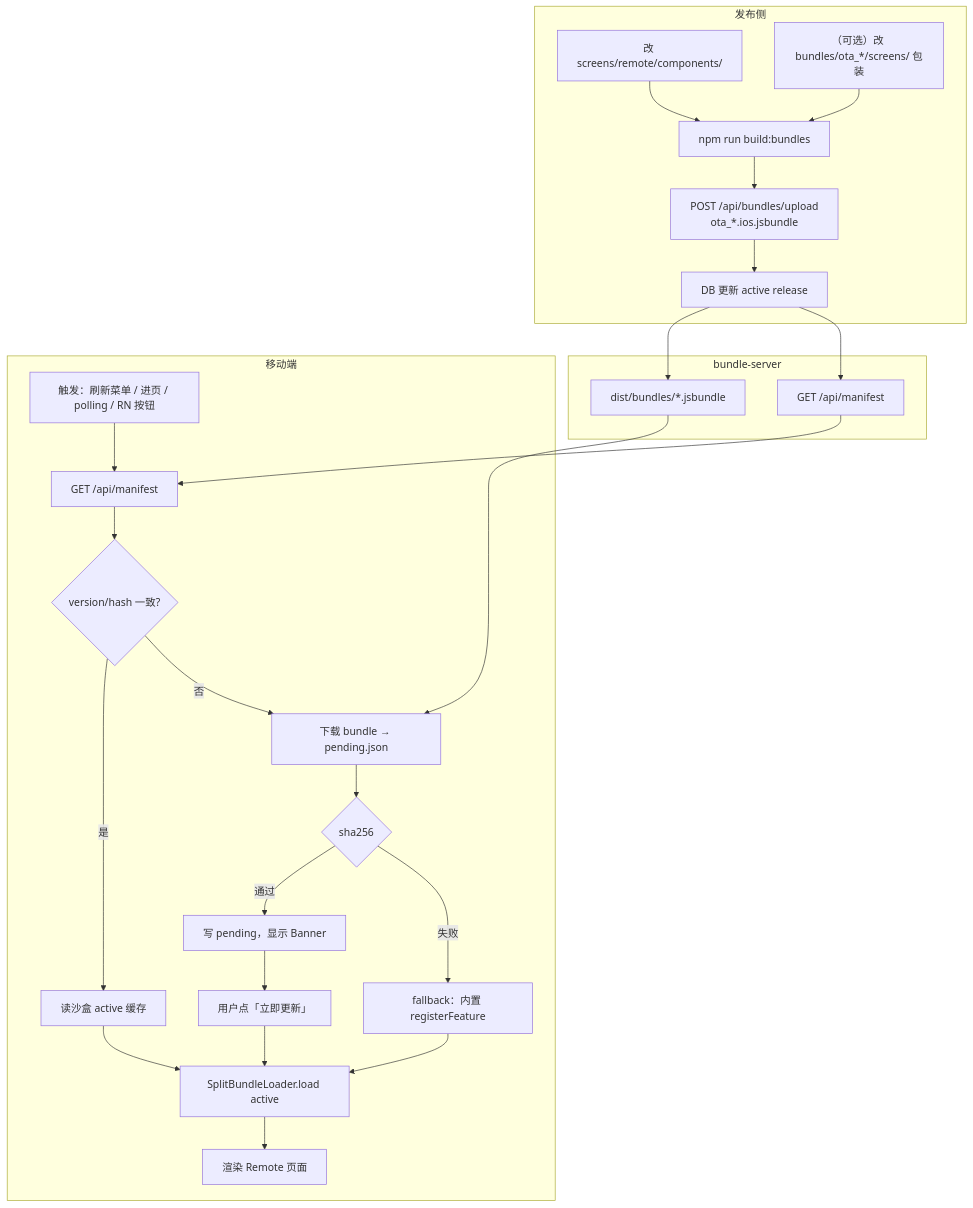
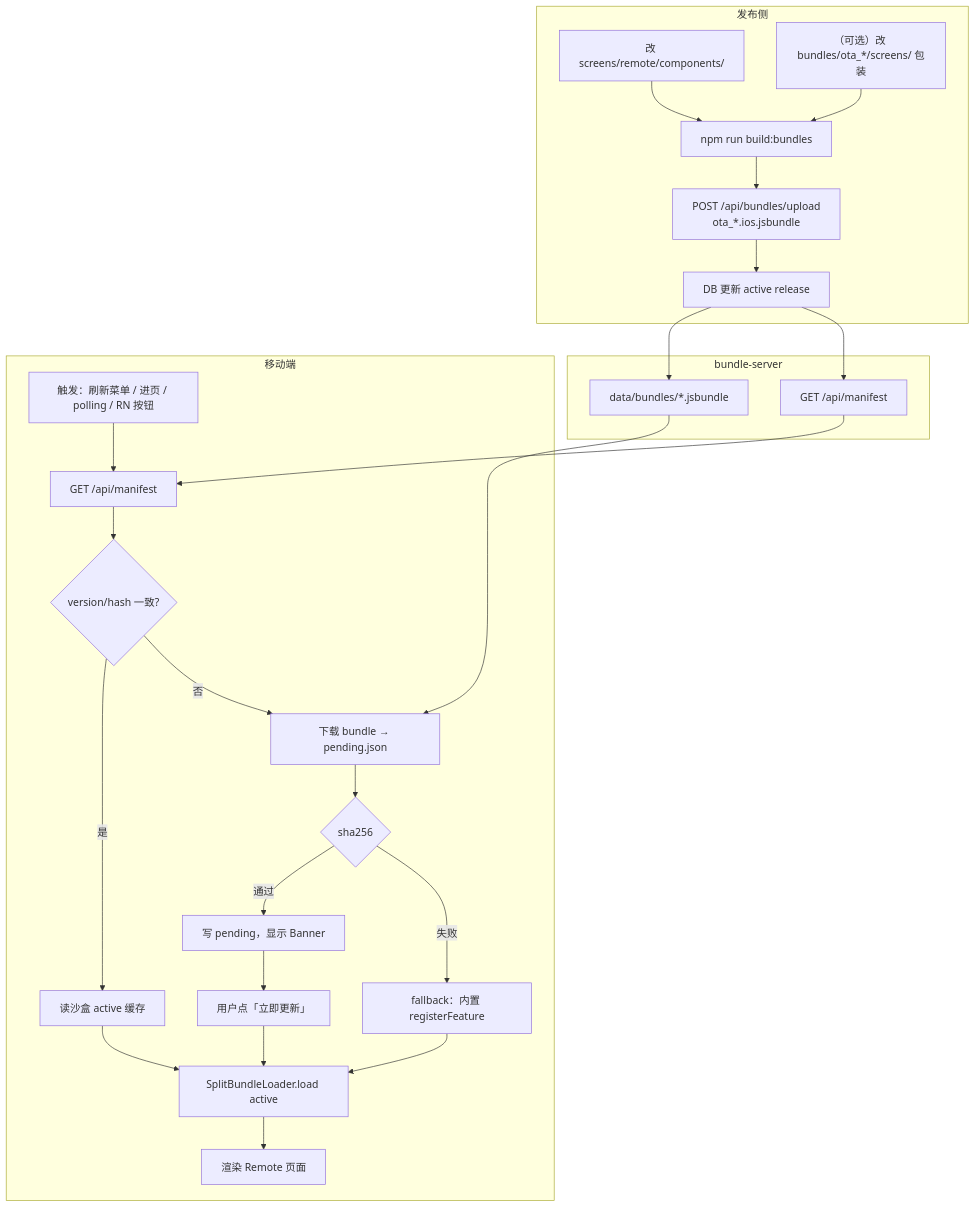
One commit to hpgo6688/brownfield changed the second of 2 diagrams in docs/dynamic-multi-bundle.md. Above: the diagram before and after it, drawn with Mermaid. The commit also changed other lines of this file and 17 other files, not shown here.

````diff
--- a/docs/dynamic-multi-bundle.md
+++ b/docs/dynamic-multi-bundle.md
@@ -407,32 +408,32 @@
 ```mermaid
 flowchart TB
     subgraph Publish["发布侧"]
         A["改 screens/remote/components/"] --> B["npm run build:bundles"]
         B2["（可选）改 bundles/ota_*/screens/ 包装"] --> B
         B --> C["POST /api/bundles/upload<br/>ota_*.ios.jsbundle"]
         C --> D["DB 更新 active release"]
     end
 
     subgraph Server["bundle-server"]
-        D --> E["dist/bundles/*.jsbundle"]
+        D --> E["data/bundles/*.jsbundle"]
         D --> F["GET /api/manifest"]
     end
 
     subgraph Mobile["移动端"]
         H["触发：刷新菜单 / 进页 / polling / RN 按钮"] --> I["GET /api/manifest"]
         I --> J{"version/hash 一致?"}
         J -->|是| K["读沙盒 active 缓存"]
         J -->|否| L["下载 bundle → pending.json"]
         L --> M{"sha256"}
         M -->|通过| N["写 pending，显示 Banner"]
         M -->|失败| O["fallback：内置 registerFeature"]
         N --> P2["用户点「立即更新」"]
         P2 --> P["SplitBundleLoader.load active"]
         K --> P
         O --> P
         P --> Q["渲染 Remote 页面"]
     end
 
     F --> I
     E --> L
 ```
````
